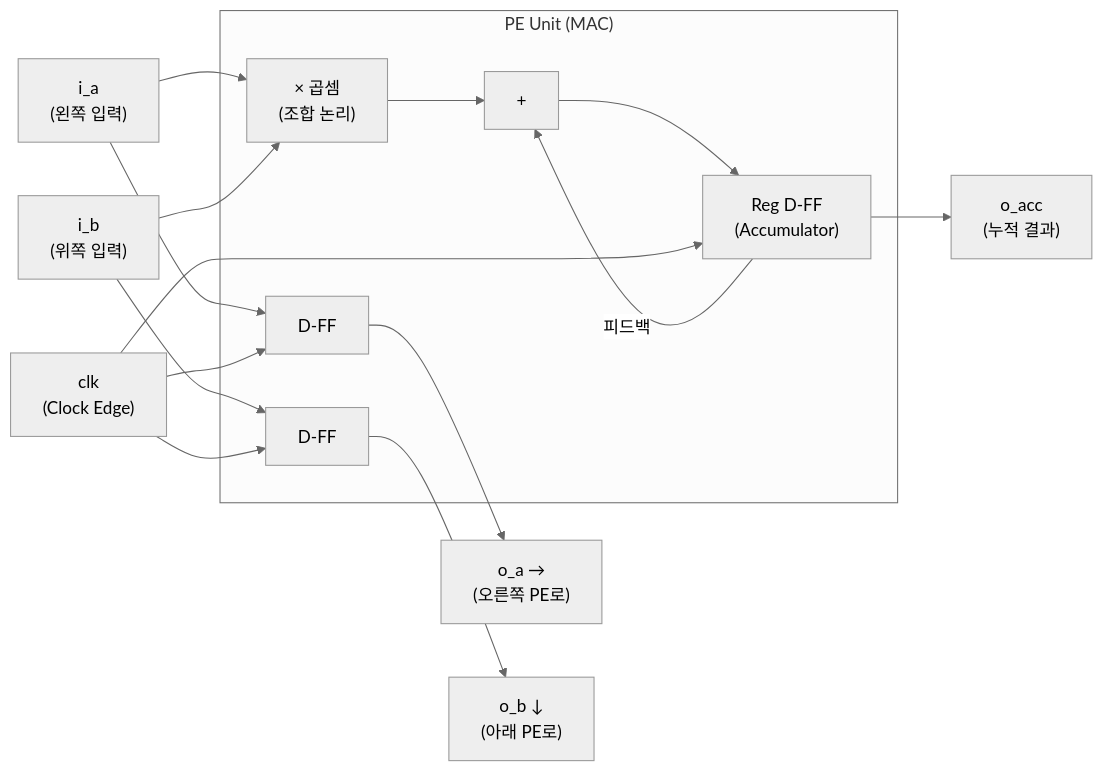
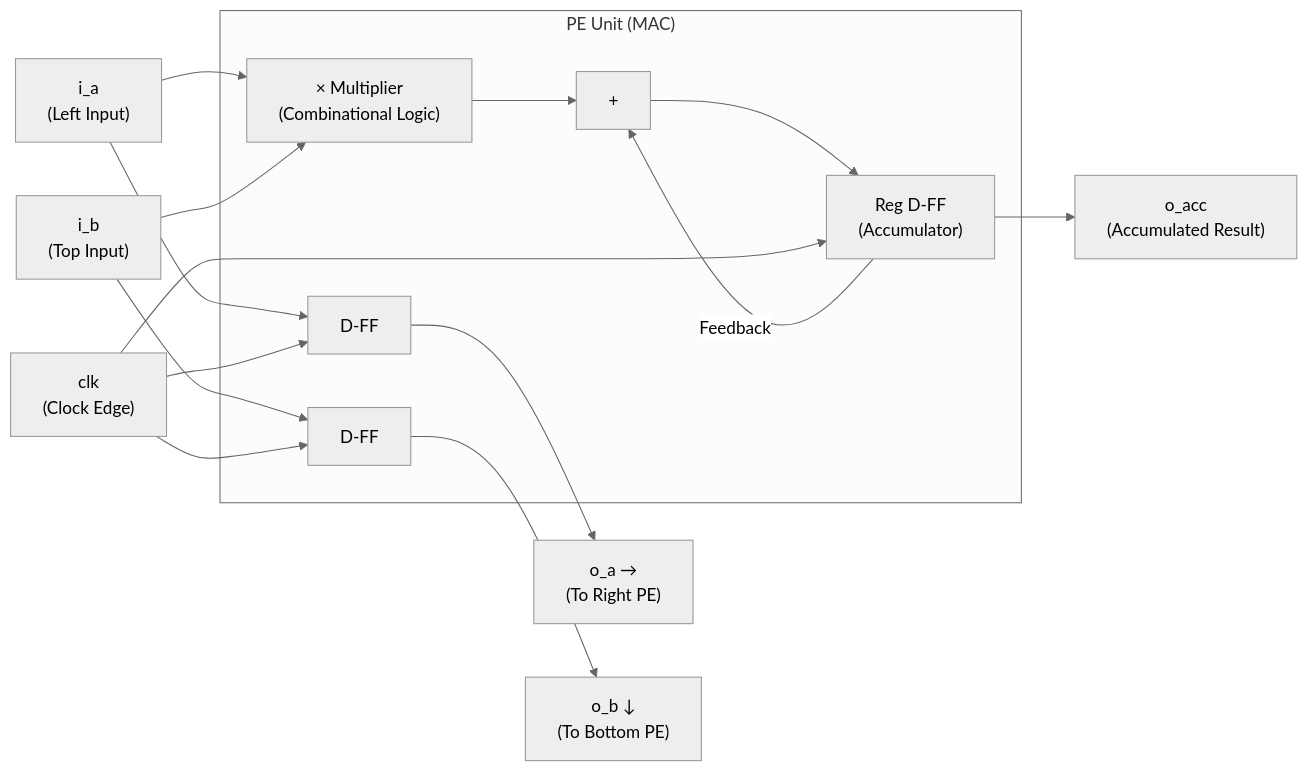
One commit to hwkim-dev/NPU-FPGA-Transformer-Accelerator-KV260 changed the first of 2 diagrams in Architecture/PE_Unit.md. Above: the diagram before and after it, drawn with Mermaid (neutral theme). The commit also changed other lines of this file and 2 other files, not shown here.

First line of the commit message:
docs: Translate Architecture docs to natural English

````diff
--- a/Architecture/PE_Unit.md
+++ b/Architecture/PE_Unit.md
@@ -13,32 +13,32 @@
 ```mermaid
 flowchart LR
-    IA["i_a\n(왼쪽 입력)"]
-    IB["i_b\n(위쪽 입력)"]
+    IA["i_a\n(Left Input)"]
+    IB["i_b\n(Top Input)"]
     CLK["clk\n(Clock Edge)"]
 
     subgraph PE ["PE Unit (MAC)"]
-        MUL["× 곱셈\n(조합 논리)"]
+        MUL["× Multiplier\n(Combinational Logic)"]
         ADD["+"]
         REG_ACC["Reg D-FF\n(Accumulator)"]
         REG_A["D-FF"]
         REG_B["D-FF"]
     end
 
-    OA["o_a →\n(오른쪽 PE로)"]
-    OB["o_b ↓\n(아래 PE로)"]
-    OACC["o_acc\n(누적 결과)"]
+    OA["o_a →\n(To Right PE)"]
+    OB["o_b ↓\n(To Bottom PE)"]
+    OACC["o_acc\n(Accumulated Result)"]
 
     IA --> MUL
     IB --> MUL
     MUL --> ADD
     ADD --> REG_ACC
-    REG_ACC -->|피드백| ADD
+    REG_ACC -->|Feedback| ADD
     REG_ACC --> OACC
 
     IA --> REG_A --> OA
     IB --> REG_B --> OB
 
     CLK --> REG_ACC
     CLK --> REG_A
     CLK --> REG_B
 ```
````
